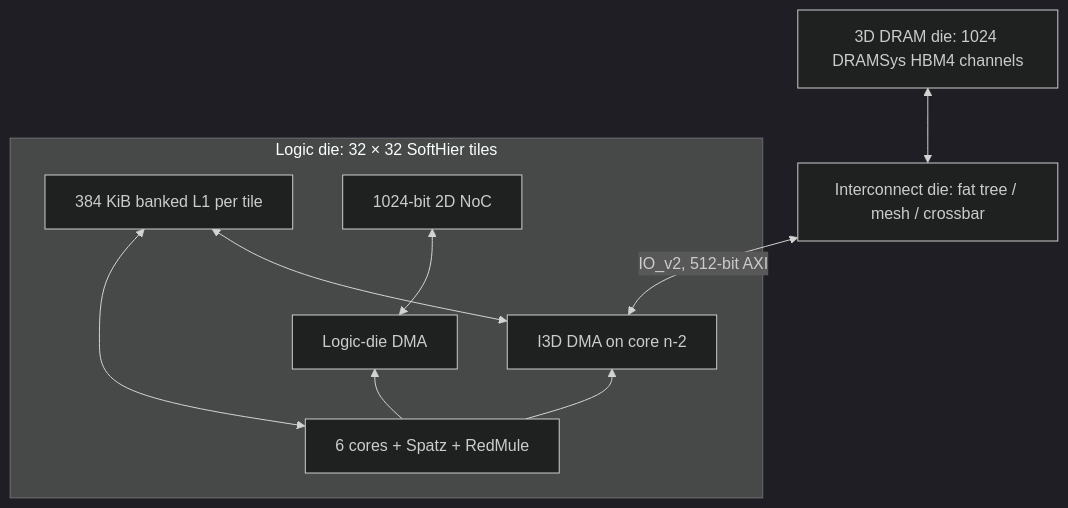
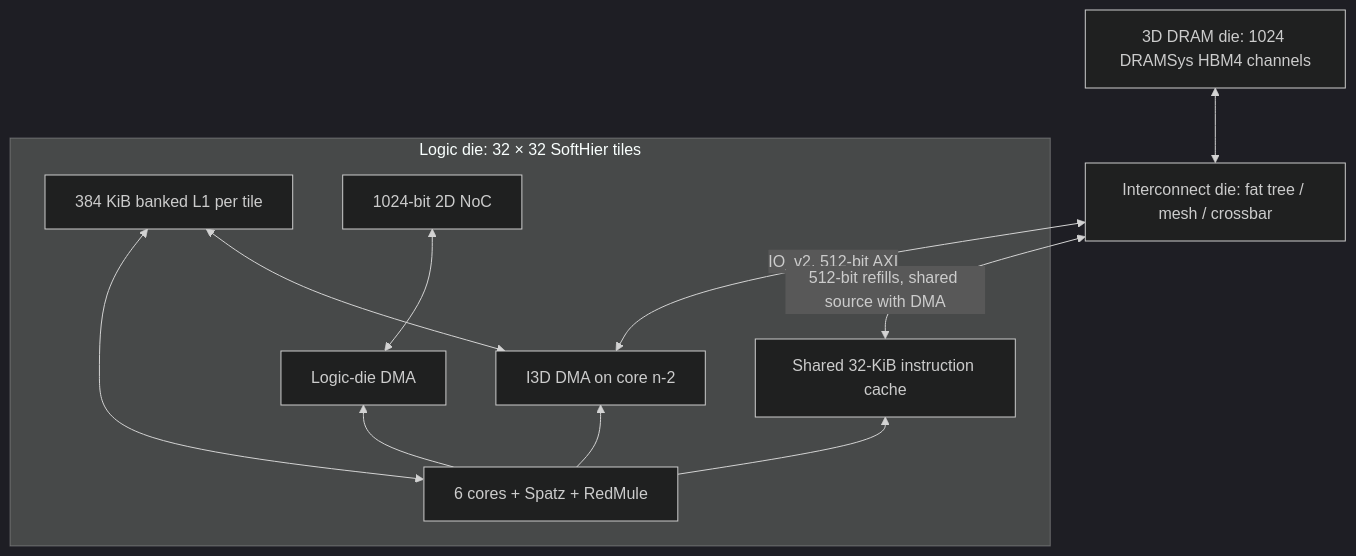
The diagram in pulp/chips/arche3d/README.md (husterZC/gvsoc-pulp), drawn with Mermaid (dark theme) before and after one commit. The commit also changed other lines of this file and 31 other files, not shown here.

First line of the commit message:
Add shared preloaded instruction caches and unified L1 to arche3d

````diff
--- a/pulp/chips/arche3d/README.md
+++ b/pulp/chips/arche3d/README.md
@@ -17,12 +17,14 @@
 ```mermaid
 flowchart BT
   subgraph Logic[Logic die: 32 × 32 SoftHier tiles]
     PE[6 cores + Spatz + RedMule] <--> L1[384 KiB banked L1 per tile]
+    PE --> IC[Shared 32-KiB instruction cache]
     PE --> DMA2[Logic-die DMA]
     DMA2 <--> Mesh[1024-bit 2D NoC]
     PE --> DMA3[I3D DMA on core n-2]
     DMA3 <--> L1
   end
   DMA3 <-->|IO_v2, 512-bit AXI| I3D[Interconnect die: fat tree / mesh / crossbar]
+  IC <-->|512-bit refills, shared source with DMA| I3D
   I3D <--> DRAM[3D DRAM die: 1024 DRAMSys HBM4 channels]
 ```
````
